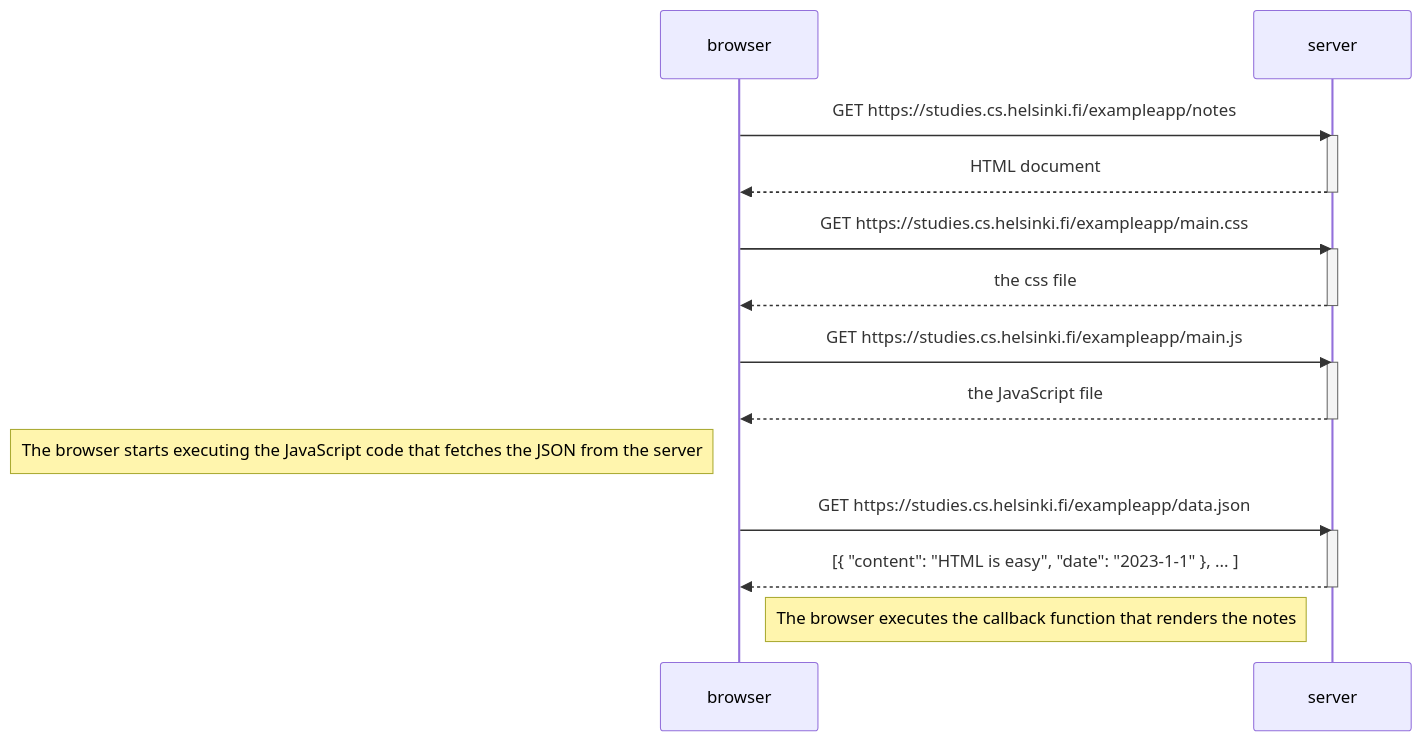
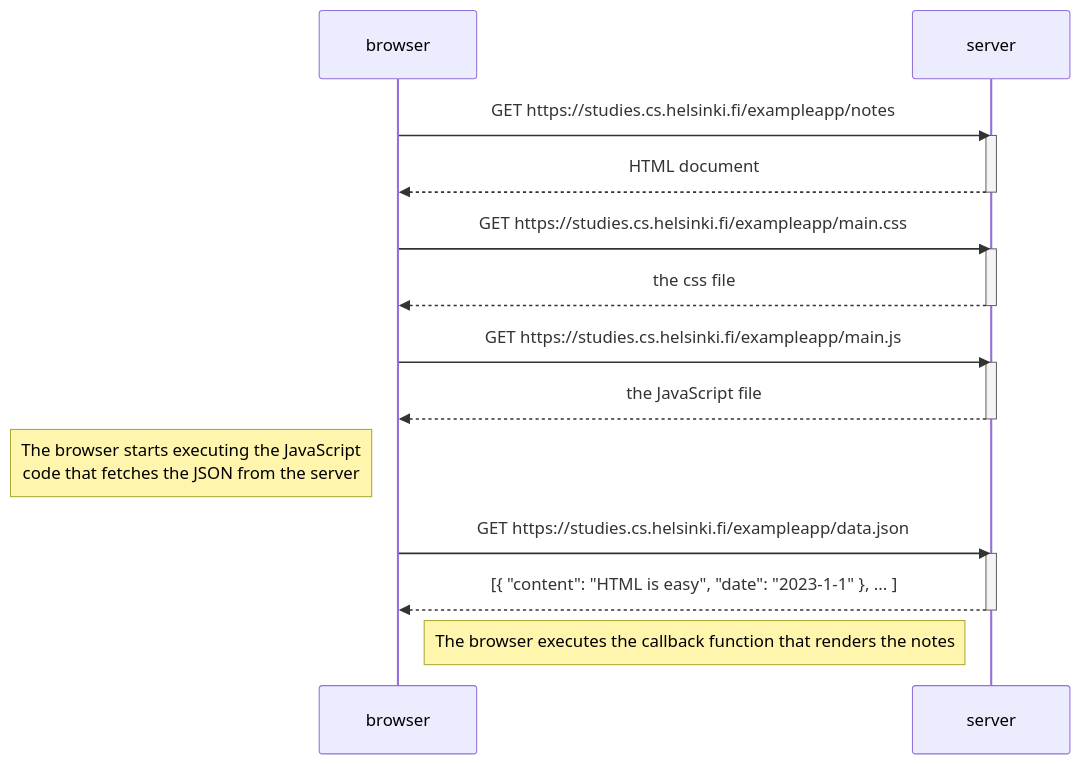
The diagram in part0/exercise_0_4.md (joshitobuba/example_app), drawn with Mermaid before and after one commit.

````diff
--- a/part0/exercise_0_4.md
+++ b/part0/exercise_0_4.md
@@ -1,29 +1,29 @@
 ```mermaid
   sequenceDiagram
     participant browser
     participant server
 
     browser->>server: GET https://studies.cs.helsinki.fi/exampleapp/notes
     activate server
     server-->>browser: HTML document
     deactivate server
 
     browser->>server: GET https://studies.cs.helsinki.fi/exampleapp/main.css
     activate server
     server-->>browser: the css file
     deactivate server
 
     browser->>server: GET https://studies.cs.helsinki.fi/exampleapp/main.js
     activate server
     server-->>browser: the JavaScript file
     deactivate server
 
-    note left of browser: The browser starts executing the JavaScript code that fetches the JSON from the server
+    note left of browser: The browser starts executing the JavaScript<br/>code that fetches the JSON from the server
 
     browser->>server: GET https://studies.cs.helsinki.fi/exampleapp/data.json
     activate server
     server-->>browser: [{ "content": "HTML is easy", "date": "2023-1-1" }, ... ]
     deactivate server
 
     Note right of browser: The browser executes the callback function that renders the notes
 ```
````
